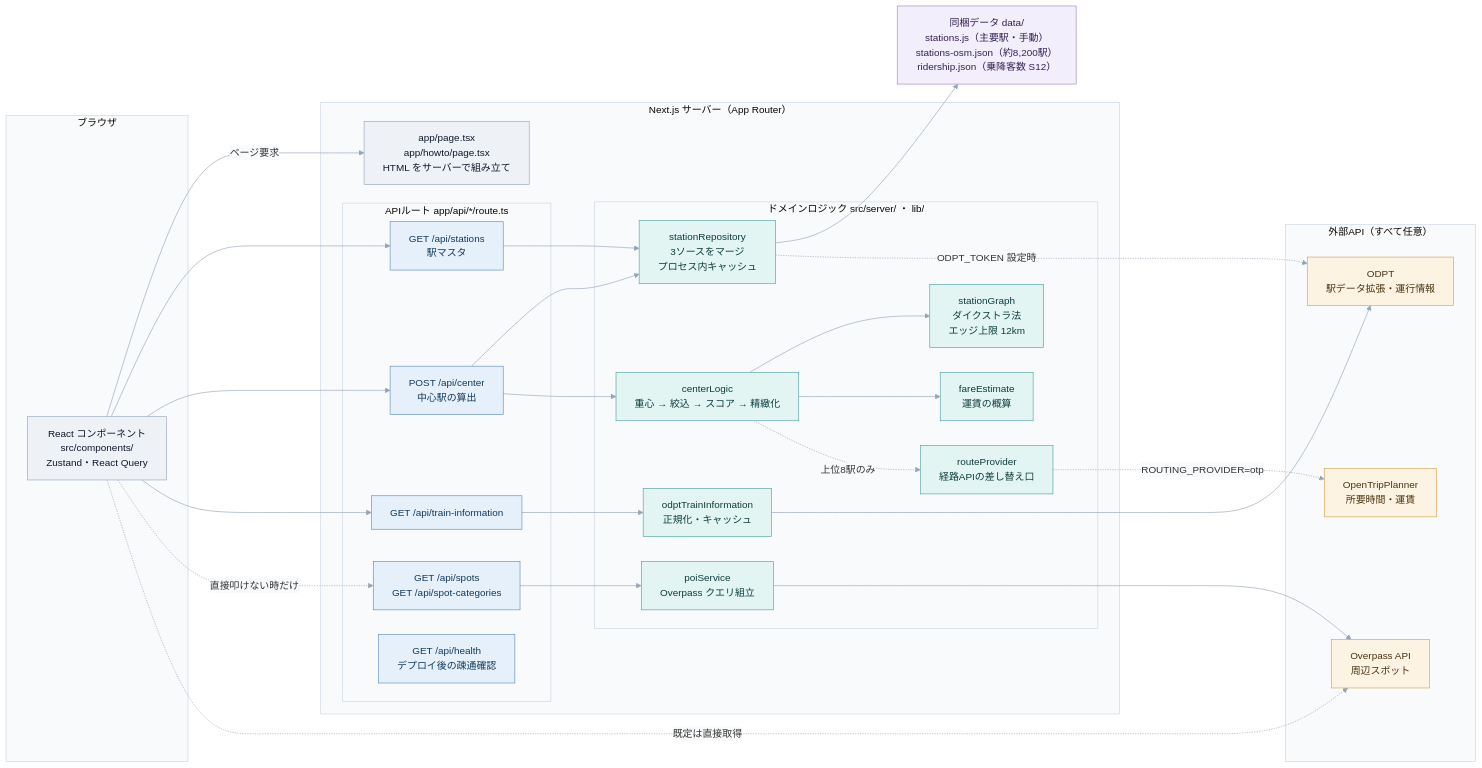
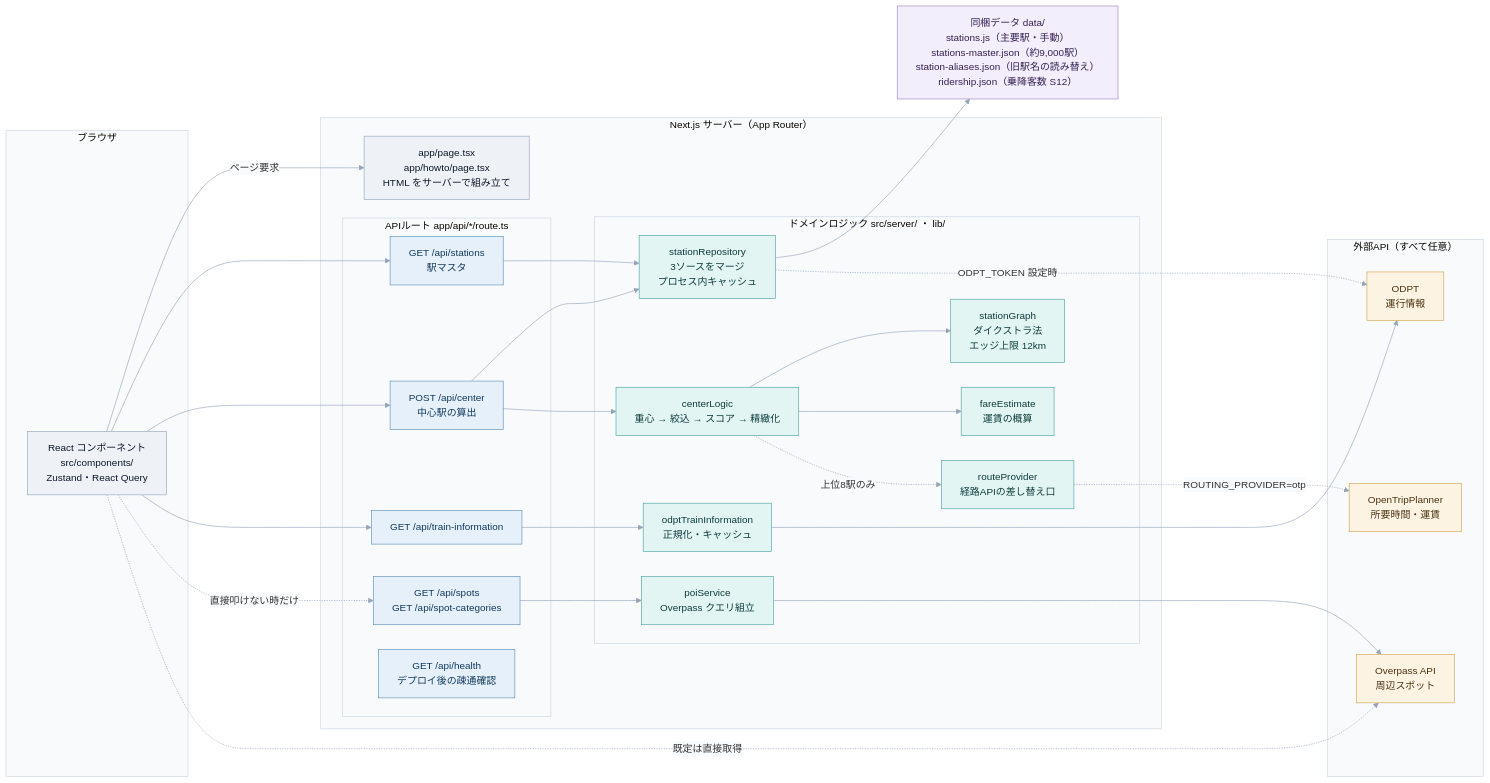
Before and after one commit to HR0101/EkiHub: the first of 2 diagrams in README.md, drawn with Mermaid. The commit also changed other lines of this file and 3 other files, not shown here.

First line of the commit message:
docs: credit station_database and describe the new station data

````diff
--- a/README.md
+++ b/README.md
@@ -75,74 +75,74 @@
 ```mermaid
 %%{init: {"theme":"base","themeVariables":{"textColor":"#1f2937","lineColor":"#94a3b8","clusterBkg":"#f8fafc","clusterBorder":"#cbd5e1","edgeLabelBackground":"#f8fafc"},"flowchart":{"curve":"basis","wrappingWidth":400,"nodeSpacing":40,"rankSpacing":70}}}%%
 flowchart LR
   subgraph B["ブラウザ"]
     UI["React コンポーネント<br/>src/components/<br/>Zustand・React Query"]
   end
 
   subgraph SV["Next.js サーバー（App Router）"]
     PG["app/page.tsx<br/>app/howto/page.tsx<br/>HTML をサーバーで組み立て"]
 
     subgraph RT["APIルート app/api/*/route.ts"]
       R1["GET /api/stations<br/>駅マスタ"]
       R2["POST /api/center<br/>中心駅の算出"]
       R3["GET /api/spots<br/>GET /api/spot-categories"]
       R4["GET /api/train-information"]
       R5["GET /api/health<br/>デプロイ後の疎通確認"]
     end
 
     subgraph LG["ドメインロジック src/server/ ・ lib/"]
       REPO["stationRepository<br/>3ソースをマージ<br/>プロセス内キャッシュ"]
       CTR["centerLogic<br/>重心 → 絞込 → スコア → 精緻化"]
       GRF["stationGraph<br/>ダイクストラ法<br/>エッジ上限 12km"]
       FRE["fareEstimate<br/>運賃の概算"]
       RPV["routeProvider<br/>経路APIの差し替え口"]
       POI["poiService<br/>Overpass クエリ組立"]
       ODP["odptTrainInformation<br/>正規化・キャッシュ"]
     end
   end
 
-  D["同梱データ data/<br/>stations.js（主要駅・手動）<br/>stations-osm.json（約8,200駅）<br/>ridership.json（乗降客数 S12）"]
+  D["同梱データ data/<br/>stations.js（主要駅・手動）<br/>stations-master.json（約9,000駅）<br/>station-aliases.json（旧駅名の読み替え）<br/>ridership.json（乗降客数 S12）"]
 
   subgraph EX["外部API（すべて任意）"]
-    E1["ODPT<br/>駅データ拡張・運行情報"]
+    E1["ODPT<br/>運行情報"]
     E2["Overpass API<br/>周辺スポット"]
     E3["OpenTripPlanner<br/>所要時間・運賃"]
   end
 
   UI -- "ページ要求" --> PG
   UI --> R1
   UI --> R2
   UI --> R4
   UI -. "直接叩けない時だけ" .-> R3
   UI -. "既定は直接取得" .-> E2
 
   R1 --> REPO
   R2 --> REPO
   R2 --> CTR
   R3 --> POI
   R4 --> ODP
 
   CTR --> GRF
   CTR --> FRE
   CTR -. "上位8駅のみ" .-> RPV
 
   REPO --> D
   REPO -. "ODPT_TOKEN 設定時" .-> E1
 
   POI --> E2
   ODP --> E1
   RPV -. "ROUTING_PROVIDER=otp" .-> E3
 
   classDef client fill:#eef2f7,stroke:#94a3b8,color:#0f172a
   classDef route fill:#e6f0fb,stroke:#5b8db8,color:#123a5c
   classDef logic fill:#e3f5f3,stroke:#4aa3a0,color:#0d3d3b
   classDef data fill:#f3eefb,stroke:#9b83c9,color:#332154
   classDef ext fill:#fdf3e3,stroke:#d0a24c,color:#4a3410
   classDef ci fill:#fbeef4,stroke:#c98bab,color:#4a1730
 
   class UI,PG client
   class R1,R2,R3,R4,R5 route
   class REPO,CTR,GRF,FRE,RPV,POI,ODP logic
   class D data
   class E1,E2,E3 ext
 ```
````
